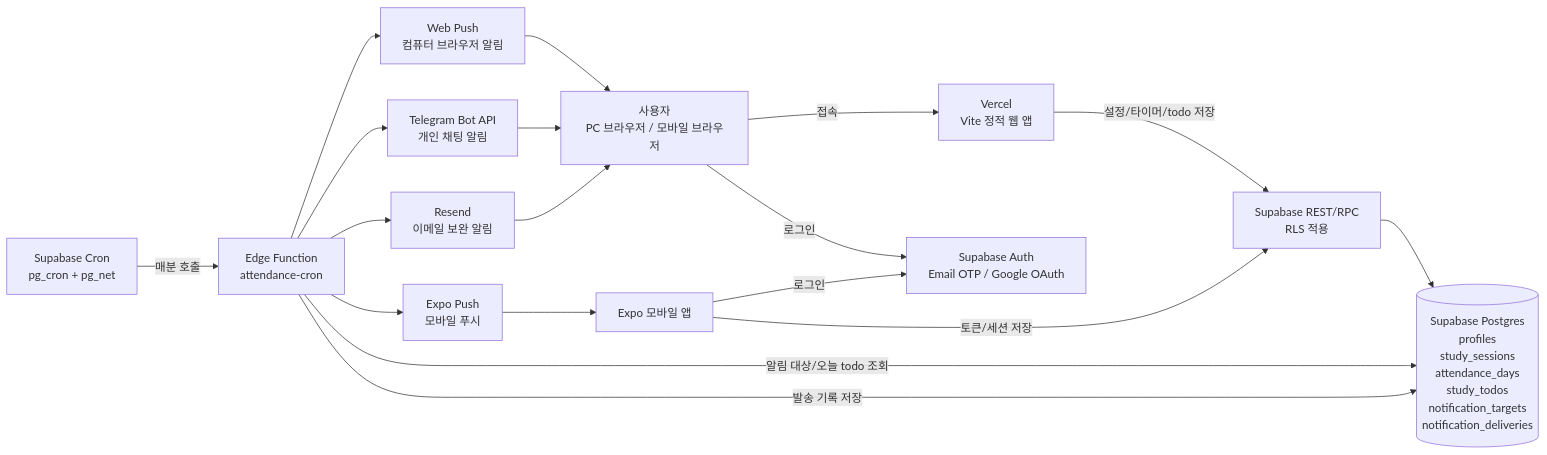
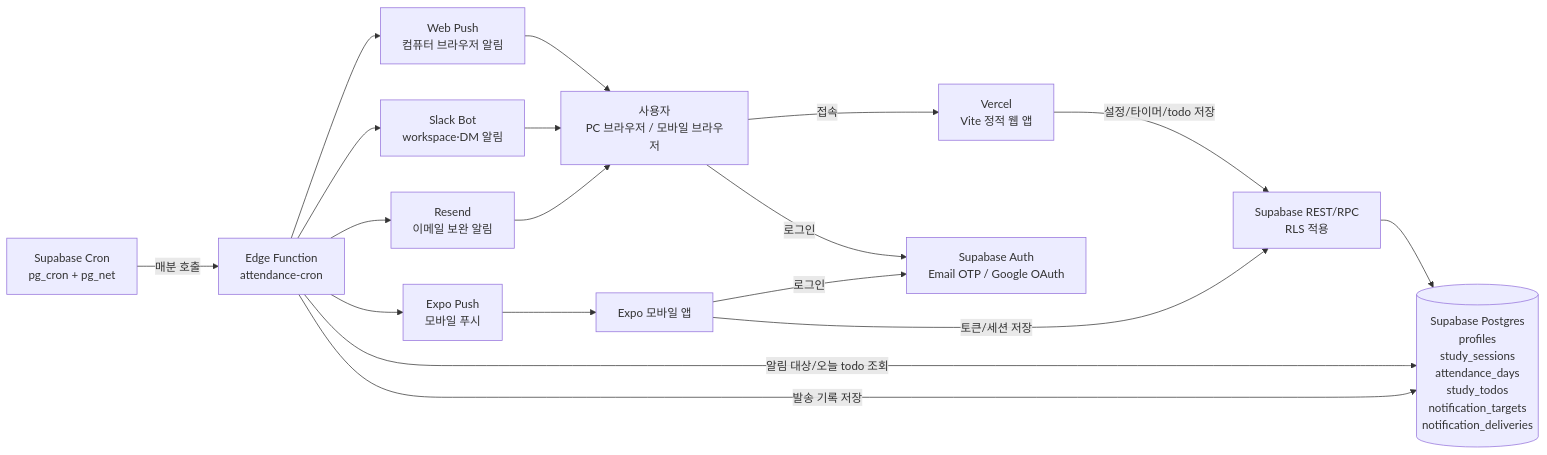
The first of 4 diagrams in docs/infrastructure-architecture.md (zxcc9867/studyRoom), drawn with Mermaid before and after one commit. The commit also changed other lines of this file, not shown here.

Commit message:
docs: align notification architecture with Slack

````diff
--- a/docs/infrastructure-architecture.md
+++ b/docs/infrastructure-architecture.md
@@ -9,33 +9,33 @@
 ```mermaid
 flowchart LR
   user["사용자<br/>PC 브라우저 / 모바일 브라우저"]
   mobile["Expo 모바일 앱"]
   vercel["Vercel<br/>Vite 정적 웹 앱"]
   supaAuth["Supabase Auth<br/>Email OTP / Google OAuth"]
   supaApi["Supabase REST/RPC<br/>RLS 적용"]
   db[("Supabase Postgres<br/>profiles<br/>study_sessions<br/>attendance_days<br/>study_todos<br/>notification_targets<br/>notification_deliveries")]
   cron["Supabase Cron<br/>pg_cron + pg_net"]
   edge["Edge Function<br/>attendance-cron"]
   webPush["Web Push<br/>컴퓨터 브라우저 알림"]
-  telegram["Telegram Bot API<br/>개인 채팅 알림"]
+  slack["Slack Bot<br/>workspace·DM 알림"]
   resend["Resend<br/>이메일 보완 알림"]
   expo["Expo Push<br/>모바일 푸시"]
 
   user -->|"접속"| vercel
   user -->|"로그인"| supaAuth
   mobile -->|"로그인"| supaAuth
   vercel -->|"설정/타이머/todo 저장"| supaApi
   mobile -->|"토큰/세션 저장"| supaApi
   supaApi --> db
   cron -->|"매분 호출"| edge
   edge -->|"알림 대상/오늘 todo 조회"| db
   edge -->|"발송 기록 저장"| db
   edge --> webPush
-  edge --> telegram
+  edge --> slack
   edge --> resend
   edge --> expo
   webPush --> user
-  telegram --> user
+  slack --> user
   resend --> user
   expo --> mobile
 ```
````
